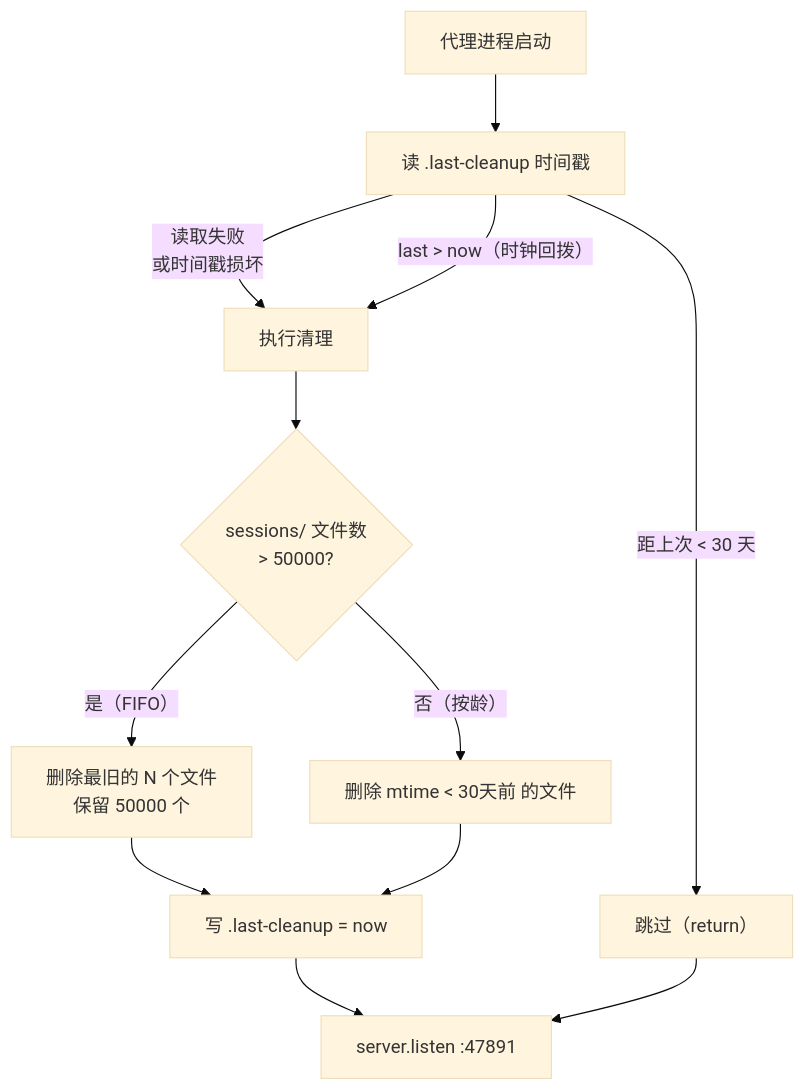
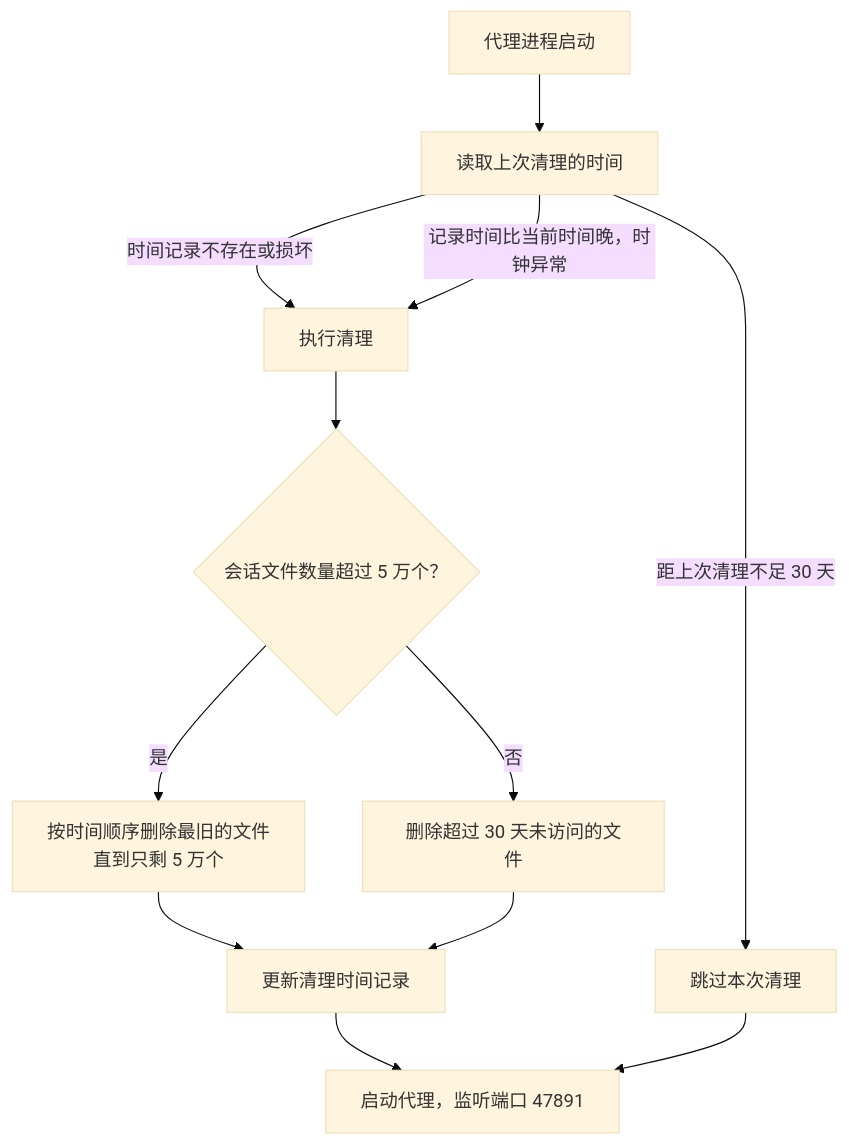
Before and after one commit to OscarYi9527/codex_proxy: the fifth of 5 diagrams in README.md, drawn with Mermaid (base theme). The commit also changed other lines of this file, not shown here.

Commit message:
Rewrite flowcharts in plain Chinese, remove code variables

````diff
--- a/README.md
+++ b/README.md
@@ -113,19 +113,19 @@
 ```mermaid
 flowchart TD
-    START["代理进程启动"] --> READ_LAST["读 .last-cleanup 时间戳"]
+    START[代理进程启动] --> READ_LAST[读取上次清理的时间]
 
-    READ_LAST -->|"读取失败\n或时间戳损坏"| DO_CLEAN["执行清理"]
-    READ_LAST -->|"距上次 < 30 天"| SKIP["跳过（return）"]
-    READ_LAST -->|"last > now（时钟回拨）"| DO_CLEAN
+    READ_LAST -->|时间记录不存在或损坏| DO_CLEAN[执行清理]
+    READ_LAST -->|距上次清理不足 30 天| SKIP[跳过本次清理]
+    READ_LAST -->|记录时间比当前时间晚，时钟异常| DO_CLEAN
 
-    DO_CLEAN --> COUNT{"sessions/ 文件数\n> 50000?"}
+    DO_CLEAN --> COUNT{会话文件数量超过 5 万个？}
 
-    COUNT -->|"是（FIFO）"| DEL_OLD["删除最旧的 N 个文件\n保留 50000 个"]
-    COUNT -->|"否（按龄）"| DEL_AGE["删除 mtime < 30天前 的文件"]
+    COUNT -->|是| DEL_OLD[按时间顺序删除最旧的文件\n直到只剩 5 万个]
+    COUNT -->|否| DEL_AGE[删除超过 30 天未访问的文件]
 
-    DEL_OLD --> WRITE_TS["写 .last-cleanup = now"]
+    DEL_OLD --> WRITE_TS[更新清理时间记录]
     DEL_AGE --> WRITE_TS
 
-    WRITE_TS --> LISTEN["server.listen :47891"]
+    WRITE_TS --> LISTEN[启动代理，监听端口 47891]
     SKIP --> LISTEN
 ```
````
